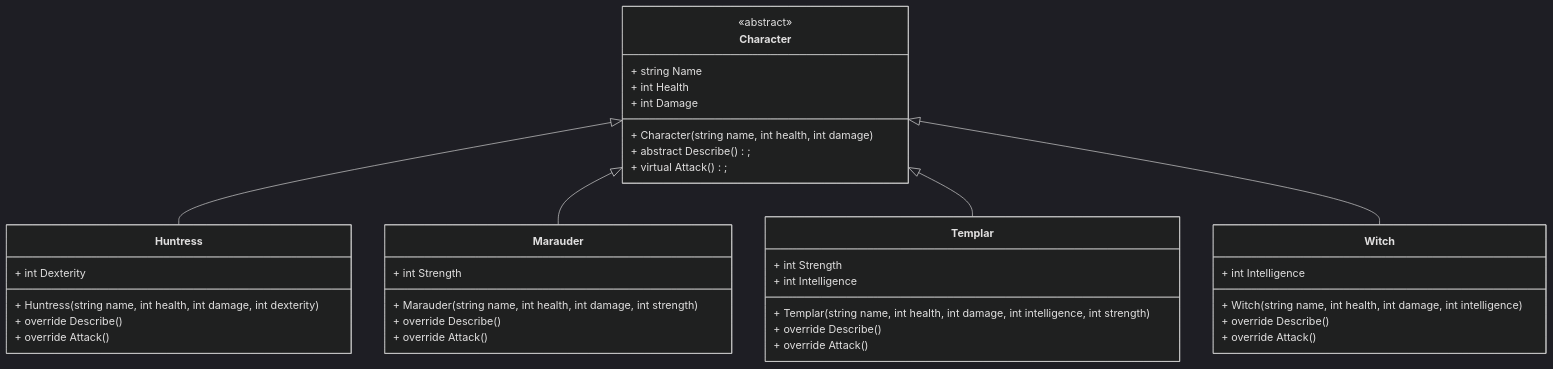
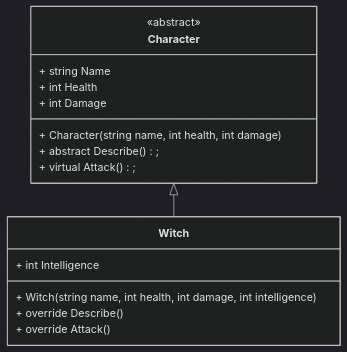
One commit to MargaridaTeles/LP1Semana08 changed the diagram in ClassAction/README.md. Above: the diagram before and after it, drawn with Mermaid (dark theme).

````diff
--- a/ClassAction/README.md
+++ b/ClassAction/README.md
@@ -1,47 +1,22 @@
 ```mermaid
 classDiagram
 
     class Character{
         <<abstract>>
         + string Name
         + int Health
         + int Damage
         + Character(string name, int health, int damage)
         + abstract Describe();
         + virtual Attack();
     }
 
-    class Huntress {
-        + int Dexterity
-        + Huntress(string name, int health, int damage, int dexterity)
-        + override Describe()
-        + override Attack()
-    }
-
-    class Marauder {
-        + int Strength
-        + Marauder(string name, int health, int damage, int strength)
-        + override Describe()
-        + override Attack()
-    }
-
     class Witch {
         + int Intelligence
         + Witch(string name, int health, int damage, int intelligence)
         + override Describe()
         + override Attack()
     }
 
-    class Templar {
-        + int Strength
-        + int Intelligence
-        + Templar(string name, int health, int damage, int intelligence, int strength)
-        + override Describe()
-        + override Attack()
-    }
-
-    Character <|-- Huntress
-    Character <|-- Marauder
-    Character <|-- Templar
     Character <|-- Witch
 ```
````
